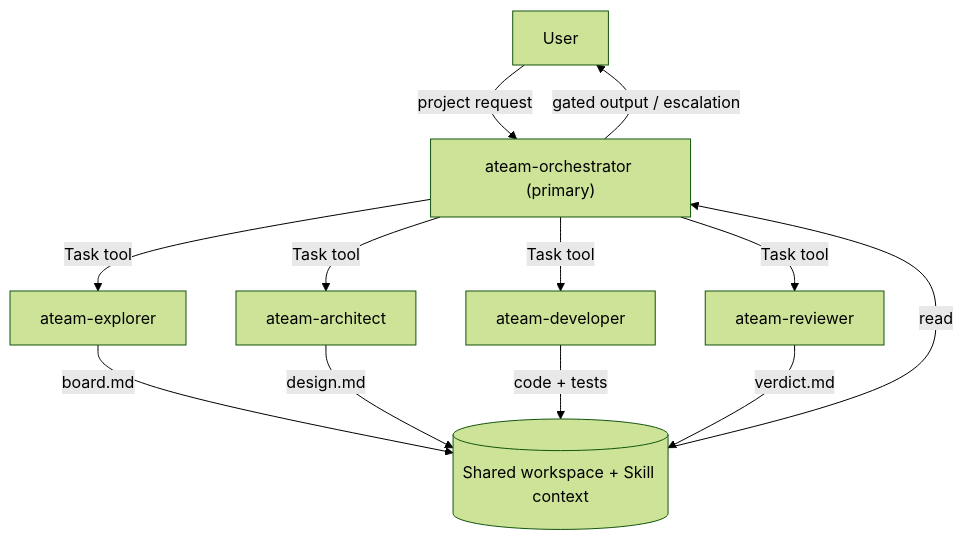
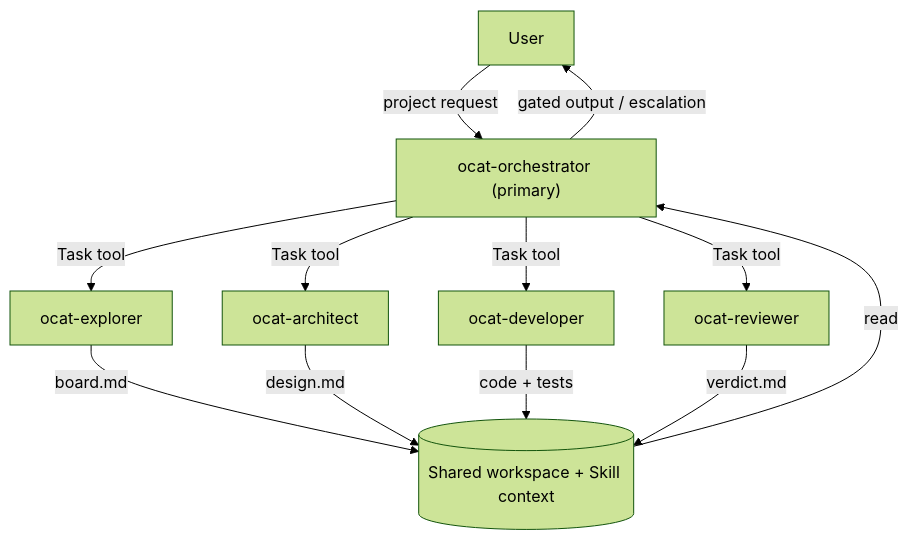
The first of 2 diagrams in doc/design.md (icoding2016/ocateam), drawn with Mermaid (forest theme) before and after one commit. The commit also changed other lines of this file and 25 other files, not shown here.

````diff
--- a/doc/design.md
+++ b/doc/design.md
@@ -17,14 +17,14 @@
 ```mermaid
 graph TD
-    User -->|"project request"| Orchestrator["ateam-orchestrator (primary)"]
-    Orchestrator -->|"Task tool"| Explorer["ateam-explorer"]
-    Orchestrator -->|"Task tool"| Architect["ateam-architect"]
-    Orchestrator -->|"Task tool"| Developer["ateam-developer"]
-    Orchestrator -->|"Task tool"| Reviewer["ateam-reviewer"]
+    User -->|"project request"| Orchestrator["ocat-orchestrator (primary)"]
+    Orchestrator -->|"Task tool"| Explorer["ocat-explorer"]
+    Orchestrator -->|"Task tool"| Architect["ocat-architect"]
+    Orchestrator -->|"Task tool"| Developer["ocat-developer"]
+    Orchestrator -->|"Task tool"| Reviewer["ocat-reviewer"]
     Explorer -->|"board.md"| Workspace[("Shared workspace + Skill context")]
     Architect -->|"design.md"| Workspace
     Developer -->|"code + tests"| Workspace
     Reviewer -->|"verdict.md"| Workspace
     Workspace -->|"read"| Orchestrator
     Orchestrator -->|"gated output / escalation"| User
 ```
````
